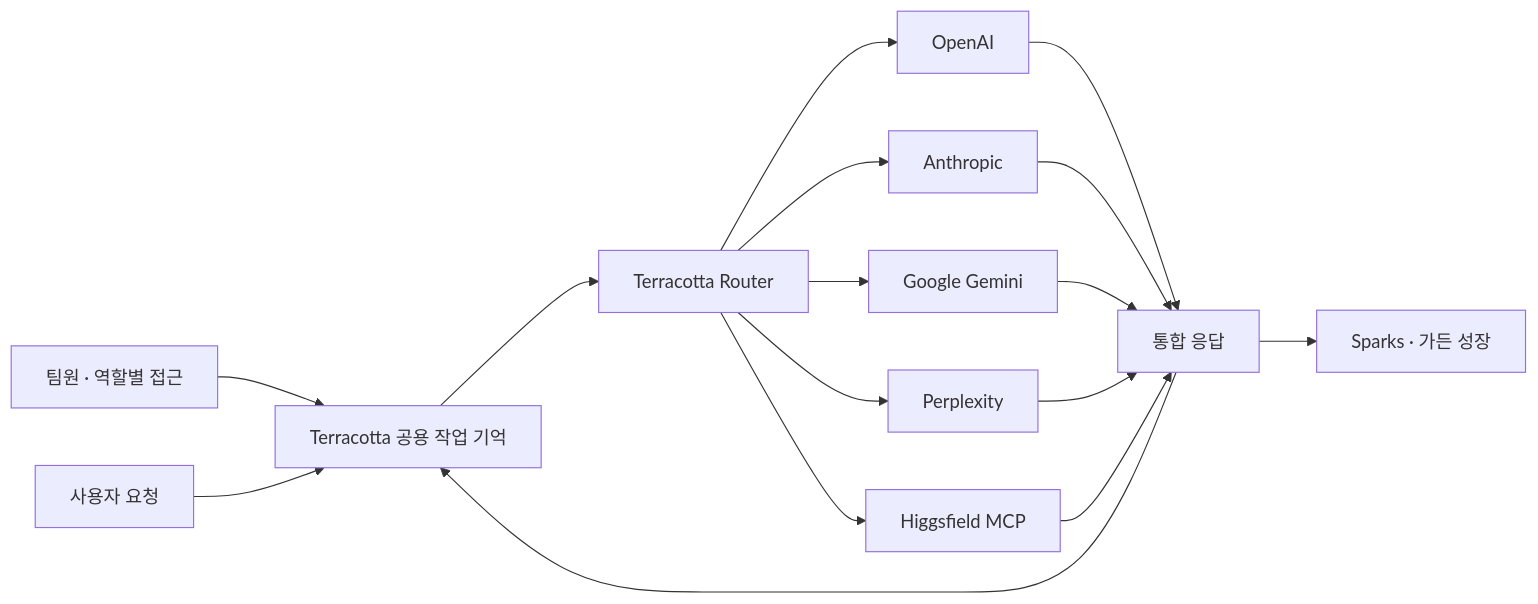
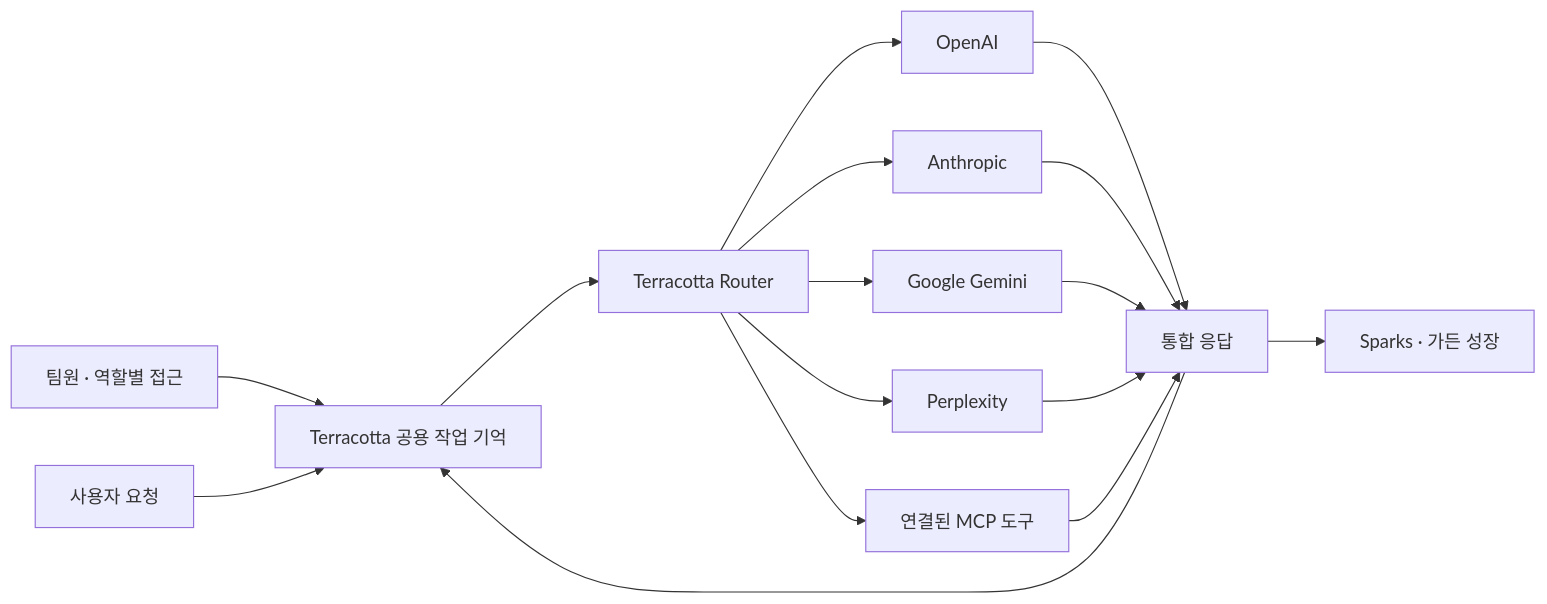
Before and after one commit to hyunaeee/terracotta: the diagram in README.md, drawn with Mermaid. The commit also changed other lines of this file and 18 other files, not shown here.

````diff
--- a/README.md
+++ b/README.md
@@ -54,18 +65,18 @@
 ```mermaid
 flowchart LR
   T["팀원 · 역할별 접근"] --> M["Terracotta 공용 작업 기억"]
   U["사용자 요청"] --> M
   M --> R["Terracotta Router"]
   R --> O["OpenAI"]
   R --> A["Anthropic"]
   R --> G["Google Gemini"]
   R --> P["Perplexity"]
-  R --> H["Higgsfield MCP"]
+  R --> H["연결된 MCP 도구"]
   O --> C["통합 응답"]
   A --> C
   G --> C
   P --> C
   H --> C
   C --> M
   C --> S["Sparks · 가든 성장"]
 ```
````
